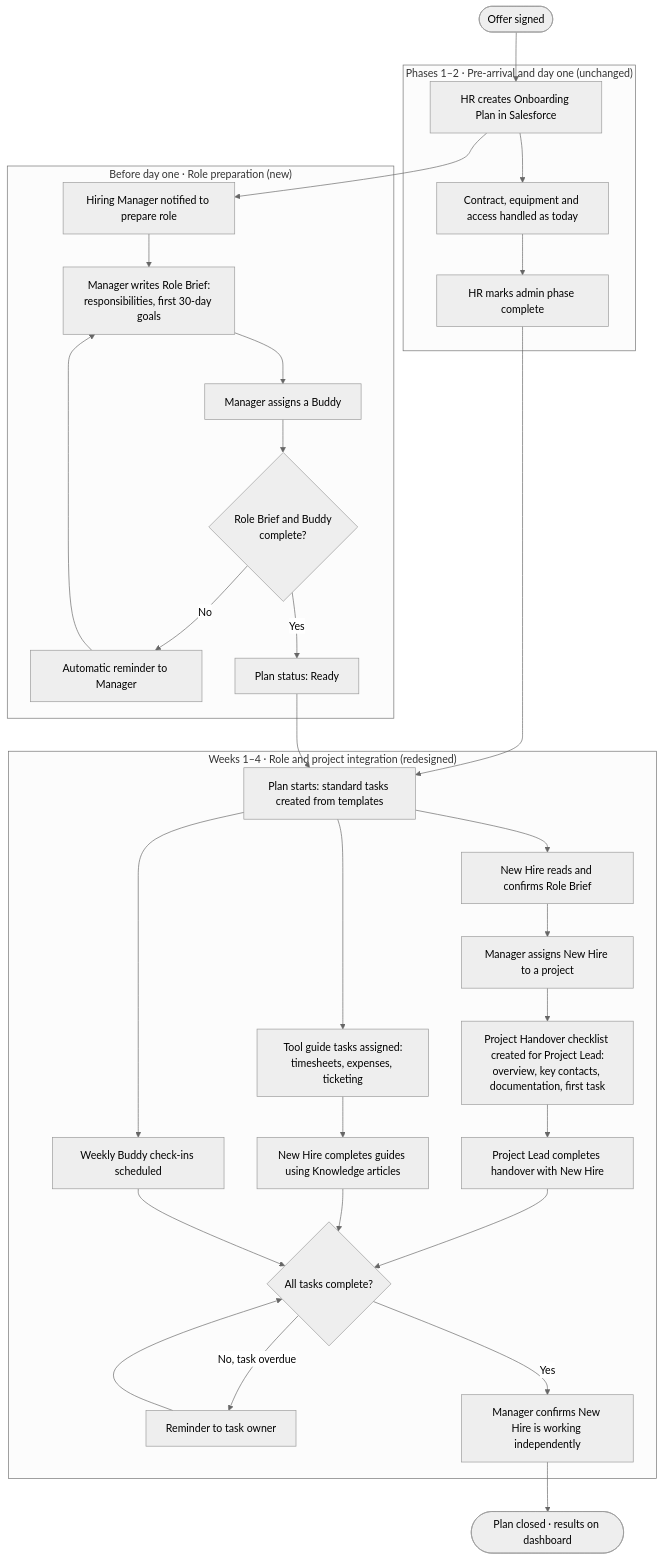
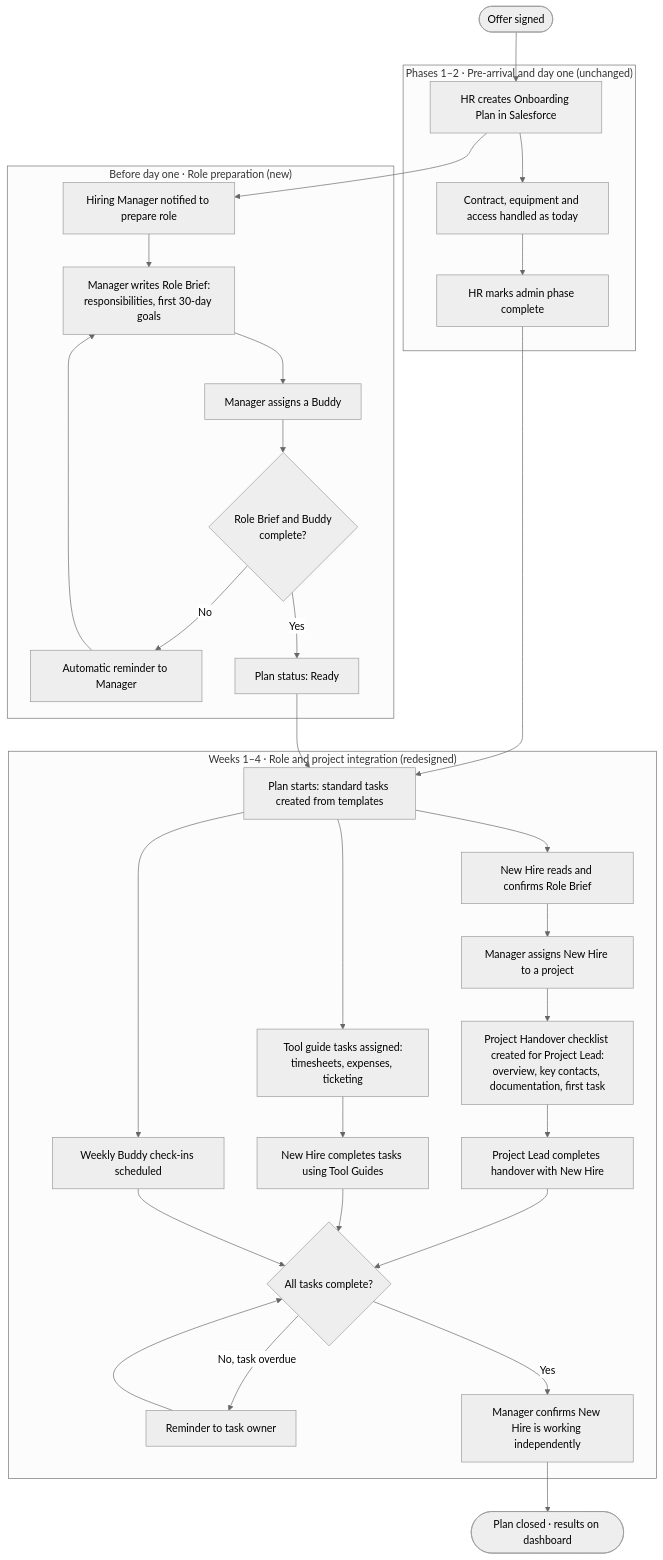
One commit to DiogoS7/Launchpad changed the diagram in docs/02-to-be-process.md. Above: the diagram before and after it, drawn with Mermaid (neutral theme). The commit also changed other lines of this file and 23 other files, not shown here.

Commit message:
Add Tool Guides and update BRD with build decisions

````diff
--- a/docs/02-to-be-process.md
+++ b/docs/02-to-be-process.md
@@ -42,39 +42,39 @@
 ```mermaid
 flowchart TD
     A([Offer signed]) --> B[HR creates Onboarding Plan in Salesforce]
 
     subgraph P1["Phases 1–2 · Pre-arrival and day one (unchanged)"]
         B --> C[Contract, equipment and access handled as today]
         C --> D[HR marks admin phase complete]
     end
 
     B --> E
 
     subgraph PREP["Before day one · Role preparation (new)"]
         E[Hiring Manager notified to prepare role] --> F[Manager writes Role Brief:<br/>responsibilities, first 30-day goals]
         F --> G[Manager assigns a Buddy]
         G --> H{Role Brief and Buddy<br/>complete?}
         H -- No --> I[Automatic reminder to Manager] --> F
         H -- Yes --> J[Plan status: Ready]
     end
 
     D --> K
     J --> K
 
     subgraph P3["Weeks 1–4 · Role and project integration (redesigned)"]
         K[Plan starts: standard tasks created from templates] --> L[New Hire reads and confirms Role Brief]
         K --> M[Tool guide tasks assigned:<br/>timesheets, expenses, ticketing]
         K --> N[Weekly Buddy check-ins scheduled]
         L --> O[Manager assigns New Hire to a project]
         O --> P[Project Handover checklist created for Project Lead:<br/>overview, key contacts, documentation, first task]
         P --> Q[Project Lead completes handover with New Hire]
-        M --> R[New Hire completes guides using Knowledge articles]
+        M --> R[New Hire completes tasks using Tool Guides]
         Q --> S{All tasks complete?}
         R --> S
         N --> S
         S -- No, task overdue --> T[Reminder to task owner] --> S
         S -- Yes --> U[Manager confirms New Hire is working independently]
     end
 
     U --> V([Plan closed · results on dashboard])
 ```
````
